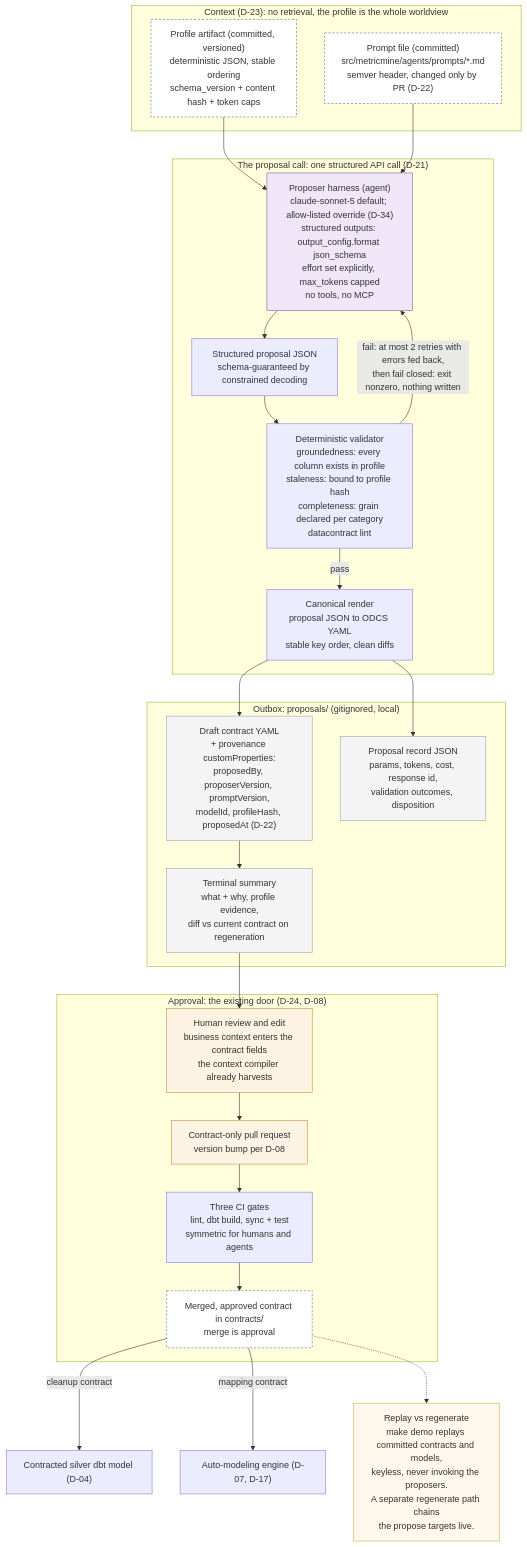
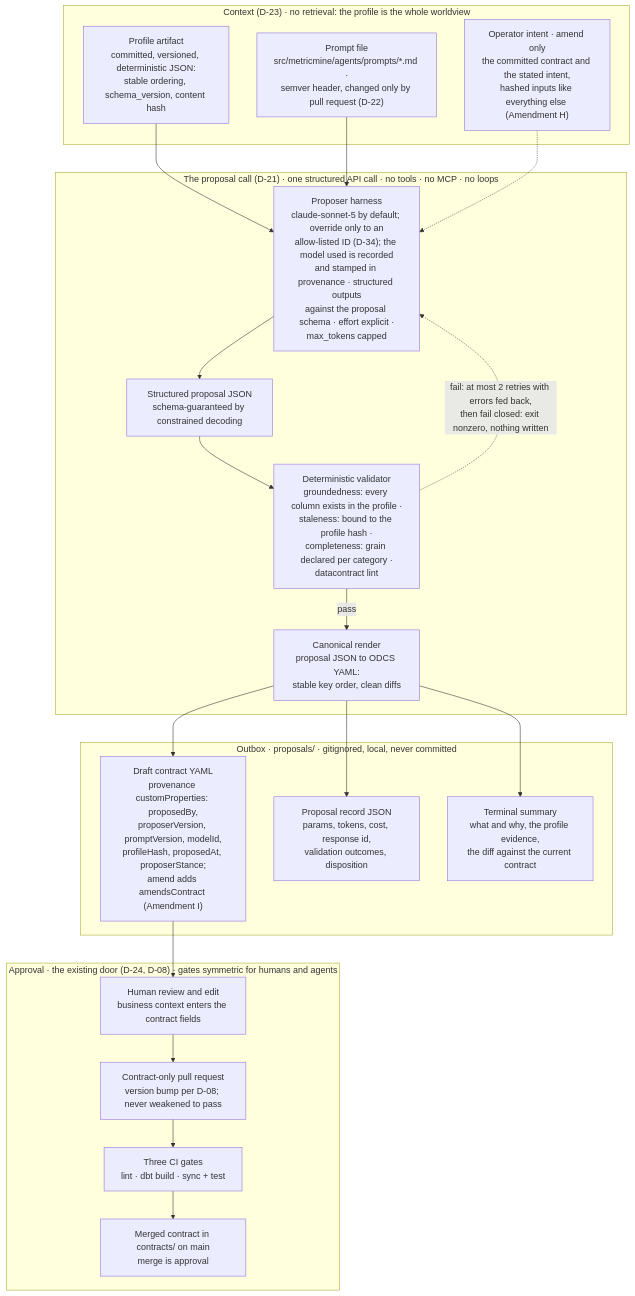
Before and after one commit to metricminellc/metricmine: the diagram in docs/diagrams/agent_proposal_flow.mmd, drawn with Mermaid. The commit also changed 9 other files, not shown here.

First line of the commit message:
docs(diagrams): the agent proposal flow and gold star flow pairs, twins, and 2x PNGs (#143)

```diff
--- a/docs/diagrams/agent_proposal_flow.mmd
+++ b/docs/diagrams/agent_proposal_flow.mmd
@@ -1,53 +1,56 @@
-%% MetricMine agent layer: the proposer runtime (propose, validate, approve)
-%% Companion to Agent Layer Design 001 and Decision Record 002 (D-21..D-25), July 12, 2026.
-%% Both proposers share this shape: cleanup (bronze profile -> cleanup contract),
-%% mapping (silver profile -> mapping contract). One structured API call each, no tools,
-%% no MCP, no loops (D-21). Human-readable companion: agent_proposal_flow.svg
+%% MetricMine · Agent Proposal Flow: machine-readable twin of the published
+%% pair docs/diagrams/agent_proposal_flow_light.svg and _dark.svg
+%% (one geometry, two token sets, per the brand standard Section 6.4).
+%% The proposer runtime: propose, validate, approve. Zoom-in companion to the
+%% runtime workflow diagram; the downstream story (silver model, engine, star)
+%% lives in the runtime workflow and gold star flow diagrams.
+%% Both proposers share this shape; stances are modes of the two, never a
+%% third agent (D-35): cleanup, describe, and amend for silver; propose and
+%% amend for mapping.
+%% Decisions (docs/decisions/decision-register.md): D-21 one structured call,
+%% D-22 versioned prompts and provenance (Amendment I adds proposerStance and
+%% amendsContract), D-23 governed inputs (Amendment H adds operator intent
+%% for amend), D-24 human approval, D-08 version bumps, D-34 model policy,
+%% D-35 stances.
+
 flowchart TD
-    subgraph CTX["Context (D-23): no retrieval, the profile is the whole worldview"]
-        PROF["Profile artifact (committed, versioned)<br/>deterministic JSON, stable ordering<br/>schema_version + content hash + token caps"]
-        PROMPT["Prompt file (committed)<br/>src/metricmine/agents/prompts/*.md<br/>semver header, changed only by PR (D-22)"]
-    end
 
-    subgraph CALL["The proposal call: one structured API call (D-21)"]
-        HARNESS["Proposer harness (agent)<br/>claude-sonnet-5 default; allow-listed override (D-34)<br/>structured outputs: output_config.format json_schema<br/>effort set explicitly, max_tokens capped<br/>no tools, no MCP"]
-        JSON["Structured proposal JSON<br/>schema-guaranteed by constrained decoding"]
-        VAL["Deterministic validator<br/>groundedness: every column exists in profile<br/>staleness: bound to profile hash<br/>completeness: grain declared per category<br/>datacontract lint"]
-        RENDER["Canonical render<br/>proposal JSON to ODCS YAML<br/>stable key order, clean diffs"]
-    end
+  subgraph CTX["Context (D-23) · no retrieval: the profile is the whole worldview"]
+    PROF["Profile artifact<br/>committed, versioned, deterministic JSON:<br/>stable ordering, schema_version, content hash"]
+    PROMPT["Prompt file<br/>src/metricmine/agents/prompts/*.md ·<br/>semver header, changed only by pull request (D-22)"]
+    INTENT["Operator intent · amend only<br/>the committed contract and the stated intent,<br/>hashed inputs like everything else (Amendment H)"]
+  end
 
-    subgraph OUTBOX["Outbox: proposals/ (gitignored, local)"]
-        DRAFT["Draft contract YAML<br/>+ provenance customProperties:<br/>proposedBy, proposerVersion, promptVersion,<br/>modelId, profileHash, proposedAt (D-22)"]
-        RECORD["Proposal record JSON<br/>params, tokens, cost, response id,<br/>validation outcomes, disposition"]
-        SUMMARY["Terminal summary<br/>what + why, profile evidence,<br/>diff vs current contract on regeneration"]
-    end
+  subgraph CALL["The proposal call (D-21) · one structured API call · no tools · no MCP · no loops"]
+    HARNESS["Proposer harness<br/>claude-sonnet-5 by default; override only to an<br/>allow-listed ID (D-34); the model used is recorded<br/>and stamped in provenance · structured outputs<br/>against the proposal schema · effort explicit ·<br/>max_tokens capped"]
+    JSON["Structured proposal JSON<br/>schema-guaranteed by constrained decoding"]
+    VAL["Deterministic validator<br/>groundedness: every column exists in the profile ·<br/>staleness: bound to the profile hash ·<br/>completeness: grain declared per category ·<br/>datacontract lint"]
+    RENDER["Canonical render<br/>proposal JSON to ODCS YAML:<br/>stable key order, clean diffs"]
+  end
 
-    subgraph APPROVE["Approval: the existing door (D-24, D-08)"]
-        REVIEW["Human review and edit<br/>business context enters the contract fields<br/>the context compiler already harvests"]
-        PR["Contract-only pull request<br/>version bump per D-08"]
-        GATES["Three CI gates<br/>lint, dbt build, sync + test<br/>symmetric for humans and agents"]
-        MERGED["Merged, approved contract in contracts/<br/>merge is approval"]
-    end
+  subgraph OUTBOX["Outbox · proposals/ · gitignored, local, never committed"]
+    DRAFT["Draft contract YAML<br/>provenance customProperties: proposedBy,<br/>proposerVersion, promptVersion, modelId,<br/>profileHash, proposedAt, proposerStance;<br/>amend adds amendsContract (Amendment I)"]
+    RECORD["Proposal record JSON<br/>params, tokens, cost, response id,<br/>validation outcomes, disposition"]
+    SUMMARY["Terminal summary<br/>what and why, the profile evidence,<br/>the diff against the current contract"]
+  end
 
-    PROF --> HARNESS
-    PROMPT --> HARNESS
-    HARNESS --> JSON --> VAL
-    VAL -- "fail: at most 2 retries with errors fed back,<br/>then fail closed: exit nonzero, nothing written" --> HARNESS
-    VAL -- pass --> RENDER
-    RENDER --> DRAFT
-    RENDER --> RECORD
-    DRAFT --> SUMMARY --> REVIEW --> PR --> GATES --> MERGED
-    MERGED -- "cleanup contract" --> SILVER["Contracted silver dbt model (D-04)"]
-    MERGED -- "mapping contract" --> ENGINE["Auto-modeling engine (D-07, D-17)"]
-    MERGED -.-> REPLAY["Replay vs regenerate<br/>make demo replays committed contracts and models,<br/>keyless, never invoking the proposers.<br/>A separate regenerate path chains<br/>the propose targets live."]
+  subgraph APPROVE["Approval · the existing door (D-24, D-08) · gates symmetric for humans and agents"]
+    REVIEW["Human review and edit<br/>business context enters the contract fields"]
+    PR["Contract-only pull request<br/>version bump per D-08; never weakened to pass"]
+    GATES["Three CI gates<br/>lint · dbt build · sync + test"]
+    MERGED["Merged contract in contracts/ on main<br/>merge is approval"]
+  end
 
-    style HARNESS fill:#EFE6F7,stroke:#7E57A5
-    style REVIEW fill:#FDF3E3,stroke:#C8863B
-    style PR fill:#FDF3E3,stroke:#C8863B
-    style PROF fill:#FFFFFF,stroke:#5B6B84,stroke-dasharray: 4 3
-    style PROMPT fill:#FFFFFF,stroke:#5B6B84,stroke-dasharray: 4 3
-    style MERGED fill:#FFFFFF,stroke:#5B6B84,stroke-dasharray: 4 3
-    style DRAFT fill:#F4F4F4,stroke:#9AA3AD
-    style RECORD fill:#F4F4F4,stroke:#9AA3AD
-    style SUMMARY fill:#F4F4F4,stroke:#9AA3AD
-    style REPLAY fill:#FFF8EC,stroke:#E0A33E
+  PROF --> HARNESS
+  PROMPT --> HARNESS
+  INTENT -.-> HARNESS
+  HARNESS --> JSON --> VAL
+  VAL -. "fail: at most 2 retries with errors fed back,<br/>then fail closed: exit nonzero, nothing written" .-> HARNESS
+  VAL -- pass --> RENDER
+  RENDER --> DRAFT
+  RENDER --> RECORD
+  RENDER --> SUMMARY
+  DRAFT --> REVIEW --> PR --> GATES --> MERGED
+
+  %% One structured call per proposal · drafts land only in the outbox ·
+  %% merge is approval · fail closed.
```
